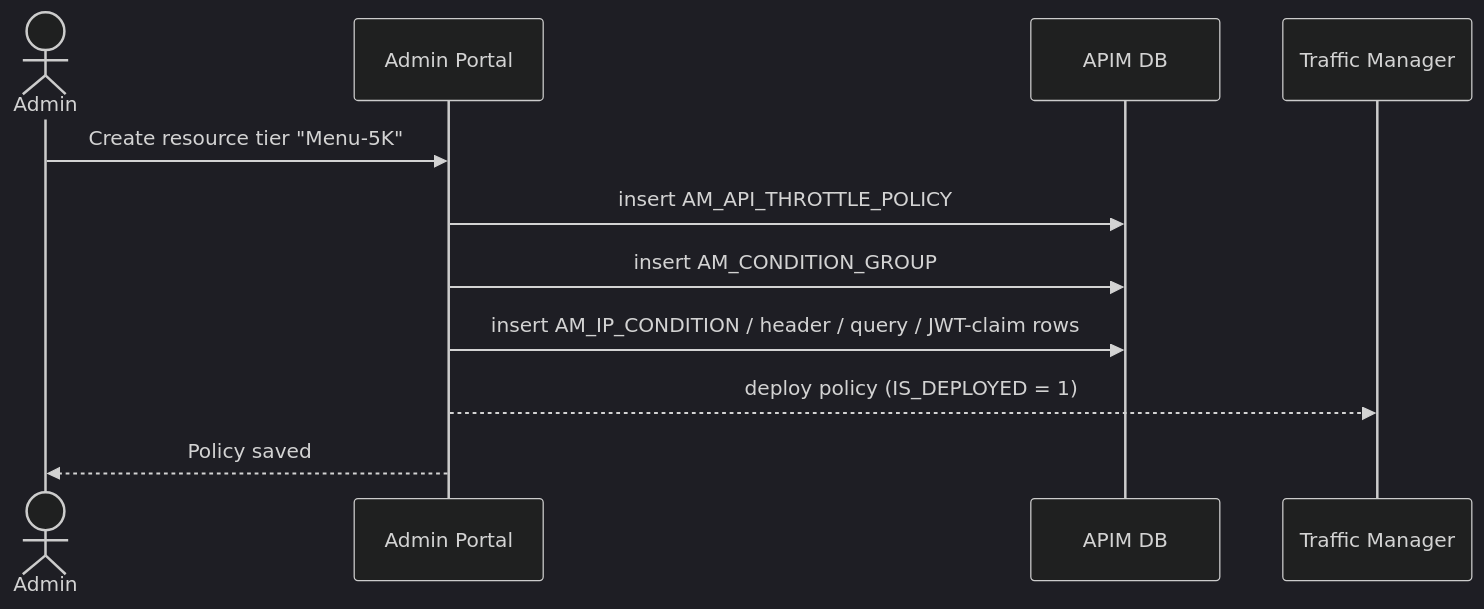
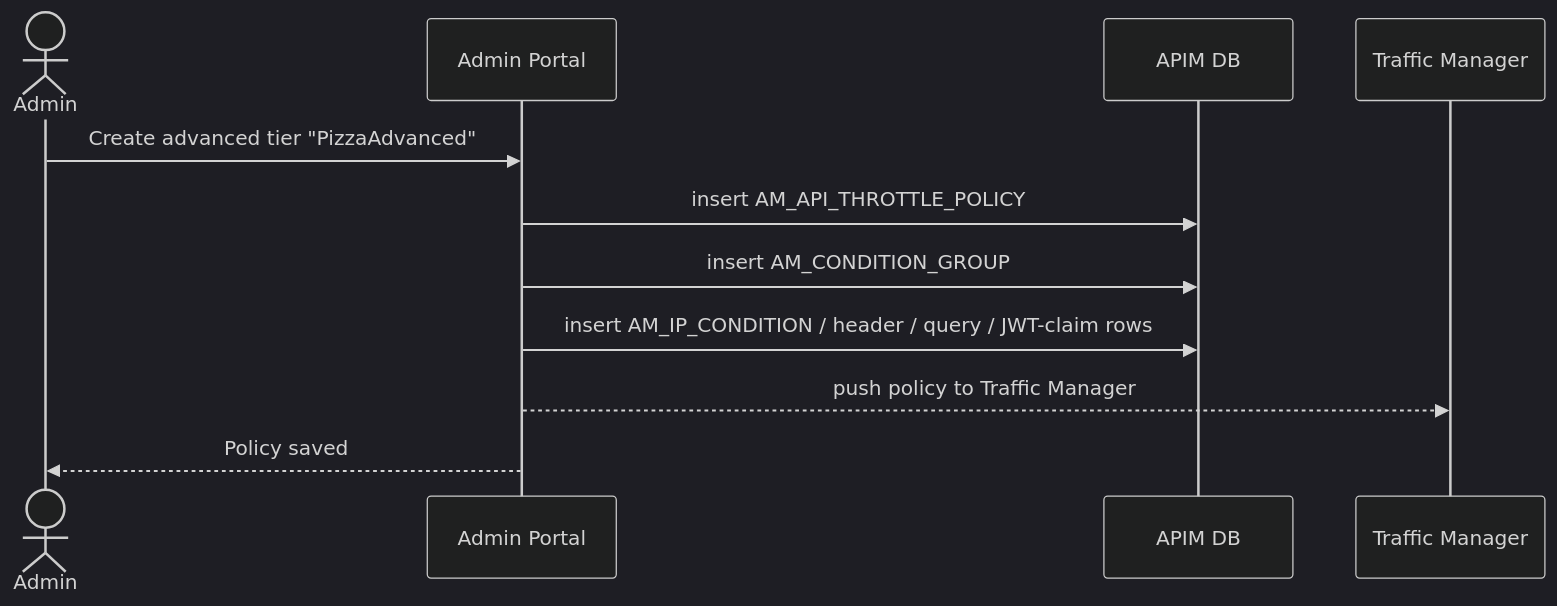
One commit to SaviNimz/apim-db-docs changed the second of 3 diagrams in docs/apim-4/flows/11-throttling-policies.md. Above: the diagram before and after it, drawn with Mermaid (dark theme). The commit also changed other lines of this file and 55 other files, not shown here.

First line of the commit message:
Verify all core flows against running 3.2.0 and 4.7.0 servers

````diff
--- a/docs/apim-4/flows/11-throttling-policies.md
+++ b/docs/apim-4/flows/11-throttling-policies.md
@@ -27,13 +41,13 @@
 ```mermaid
 sequenceDiagram
     actor Admin
     participant AP as Admin Portal
     participant DB as APIM DB
     participant TM as Traffic Manager
-    Admin->>AP: Create resource tier "Menu-5K"
+    Admin->>AP: Create advanced tier "PizzaAdvanced"
     AP->>DB: insert AM_API_THROTTLE_POLICY
     AP->>DB: insert AM_CONDITION_GROUP
     AP->>DB: insert AM_IP_CONDITION / header / query / JWT-claim rows
-    AP-->>TM: deploy policy (IS_DEPLOYED = 1)
+    AP-->>TM: push policy to Traffic Manager
     AP-->>Admin: Policy saved
 ```
````
